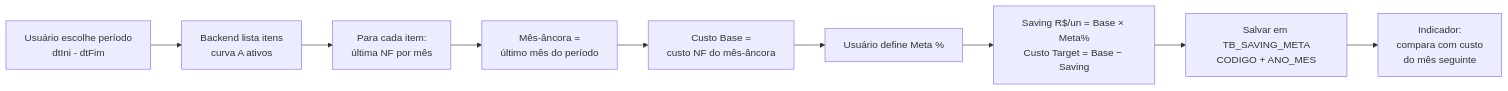
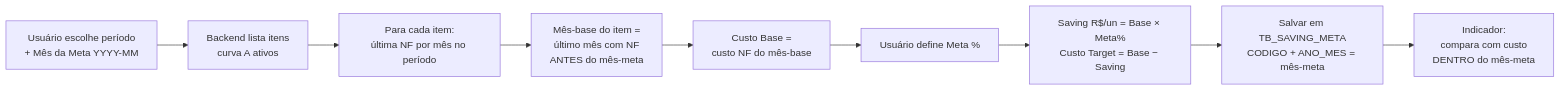
One commit to RodrigoF-Lara/sgc-sistema-gestao-customic changed the third of 3 diagrams in modules/embalagem/README.md. Above: the diagram before and after it, drawn with Mermaid. The commit also changed other lines of this file and 3 other files, not shown here.

Commit message:
feat(saving): mes-meta explicito - custo base anterior e custo real no mes-meta

````diff
--- a/modules/embalagem/README.md
+++ b/modules/embalagem/README.md
@@ -142,11 +142,11 @@
 ```mermaid
 flowchart LR
-    A[Usuário escolhe período<br/>dtIni - dtFim] --> B[Backend lista itens<br/>curva A ativos]
-    B --> C[Para cada item:<br/>última NF por mês]
-    C --> D[Mês-âncora =<br/>último mês do período]
-    D --> E[Custo Base =<br/>custo NF do mês-âncora]
+    A[Usuário escolhe período<br/>+ Mês da Meta YYYY-MM] --> B[Backend lista itens<br/>curva A ativos]
+    B --> C[Para cada item:<br/>última NF por mês no período]
+    C --> D[Mês-base do item =<br/>último mês com NF<br/>ANTES do mês-meta]
+    D --> E[Custo Base =<br/>custo NF do mês-base]
     E --> F[Usuário define Meta %]
     F --> G[Saving R$/un = Base × Meta%<br/>Custo Target = Base − Saving]
-    G --> H[Salvar em TB_SAVING_META<br/>CODIGO + ANO_MES]
-    H --> I[Indicador:<br/>compara com custo<br/>do mês seguinte]
+    G --> H[Salvar em TB_SAVING_META<br/>CODIGO + ANO_MES = mês-meta]
+    H --> I[Indicador:<br/>compara com custo<br/>DENTRO do mês-meta]
 ```
````
